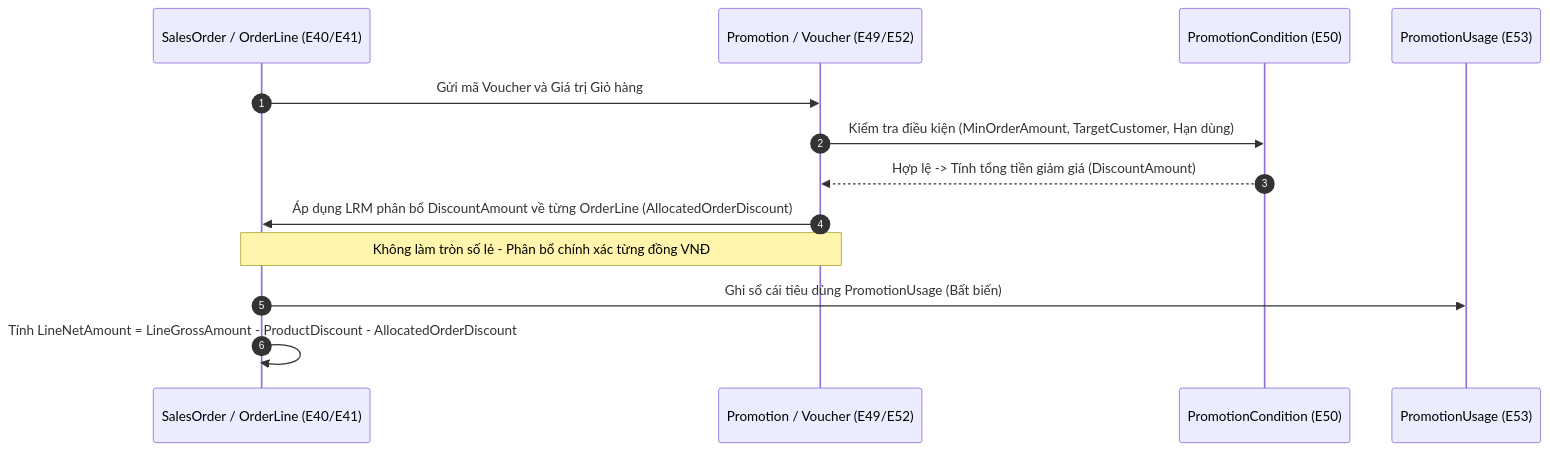
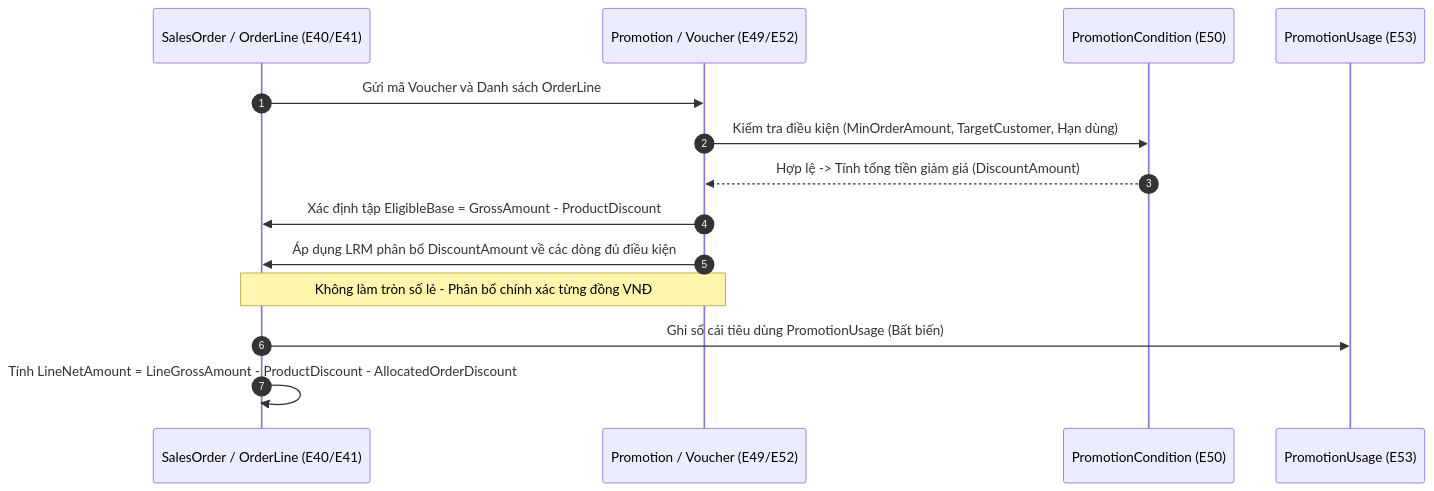
One commit to itzchugnn/RetailCore-E-commerce-Management-System changed the fifth of 14 diagrams in docs/Project-Progress-Report-Pre-M3.md. Above: the diagram before and after it, drawn with Mermaid. The commit also changed other lines of this file and 1 other file, not shown here.

First line of the commit message:
docs(m3): resolve pre-m3 architecture issues and upgrade progress report to v2.1

````diff
--- a/docs/Project-Progress-Report-Pre-M3.md
+++ b/docs/Project-Progress-Report-Pre-M3.md
@@ -212,16 +222,17 @@
 ```mermaid
 sequenceDiagram
     autonumber
     participant Order as SalesOrder / OrderLine (E40/E41)
     participant Promo as Promotion / Voucher (E49/E52)
     participant Rule as PromotionCondition (E50)
     participant Usage as PromotionUsage (E53)
     
-    Order->>Promo: Gửi mã Voucher và Giá trị Giỏ hàng
+    Order->>Promo: Gửi mã Voucher và Danh sách OrderLine
     Promo->>Rule: Kiểm tra điều kiện (MinOrderAmount, TargetCustomer, Hạn dùng)
     Rule-->>Promo: Hợp lệ -> Tính tổng tiền giảm giá (DiscountAmount)
-    Promo->>Order: Áp dụng LRM phân bổ DiscountAmount về từng OrderLine (AllocatedOrderDiscount)
+    Promo->>Order: Xác định tập EligibleBase = GrossAmount - ProductDiscount
+    Promo->>Order: Áp dụng LRM phân bổ DiscountAmount về các dòng đủ điều kiện
     Note over Promo,Order: Không làm tròn số lẻ - Phân bổ chính xác từng đồng VNĐ
     Order->>Usage: Ghi sổ cái tiêu dùng PromotionUsage (Bất biến)
     Order->>Order: Tính LineNetAmount = LineGrossAmount - ProductDiscount - AllocatedOrderDiscount
 ```
````
